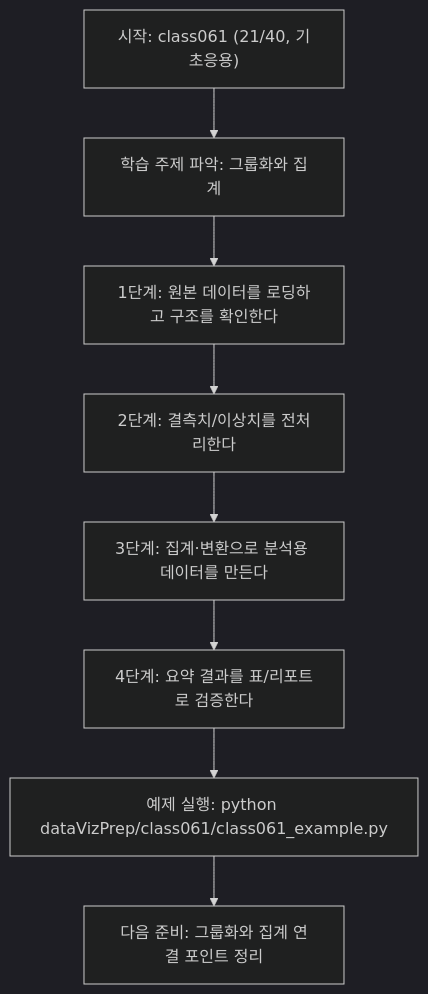
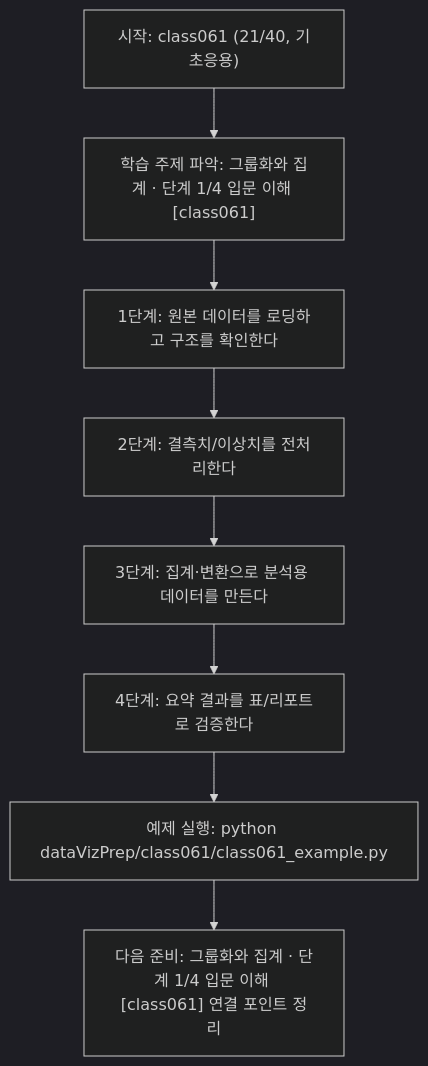
Before and after one commit to edumgt/Python-AI_Agent-Class: the diagram in dataVizPrep/class061/class061.md, drawn with Mermaid (dark theme). The commit also changed other lines of this file and 522 other files, not shown here.

````diff
--- a/dataVizPrep/class061/class061.md
+++ b/dataVizPrep/class061/class061.md
@@ -109,18 +110,18 @@
 ```mermaid
 flowchart TD
 N1["시작: class061 (21/40, 기초응용)"]
-N2["학습 주제 파악: 그룹화와 집계"]
+N2["학습 주제 파악: 그룹화와 집계 · 단계 1/4 입문 이해 [class061]"]
 N3["1단계: 원본 데이터를 로딩하고 구조를 확인한다"]
 N4["2단계: 결측치/이상치를 전처리한다"]
 N5["3단계: 집계·변환으로 분석용 데이터를 만든다"]
 N6["4단계: 요약 결과를 표/리포트로 검증한다"]
 N7["예제 실행: python dataVizPrep/class061/class061_example.py"]
-N8["다음 준비: 그룹화와 집계 연결 포인트 정리"]
+N8["다음 준비: 그룹화와 집계 · 단계 1/4 입문 이해 [class061] 연결 포인트 정리"]
 N1 --> N2
 N2 --> N3
 N3 --> N4
 N4 --> N5
 N5 --> N6
 N6 --> N7
 N7 --> N8
 ```
````
